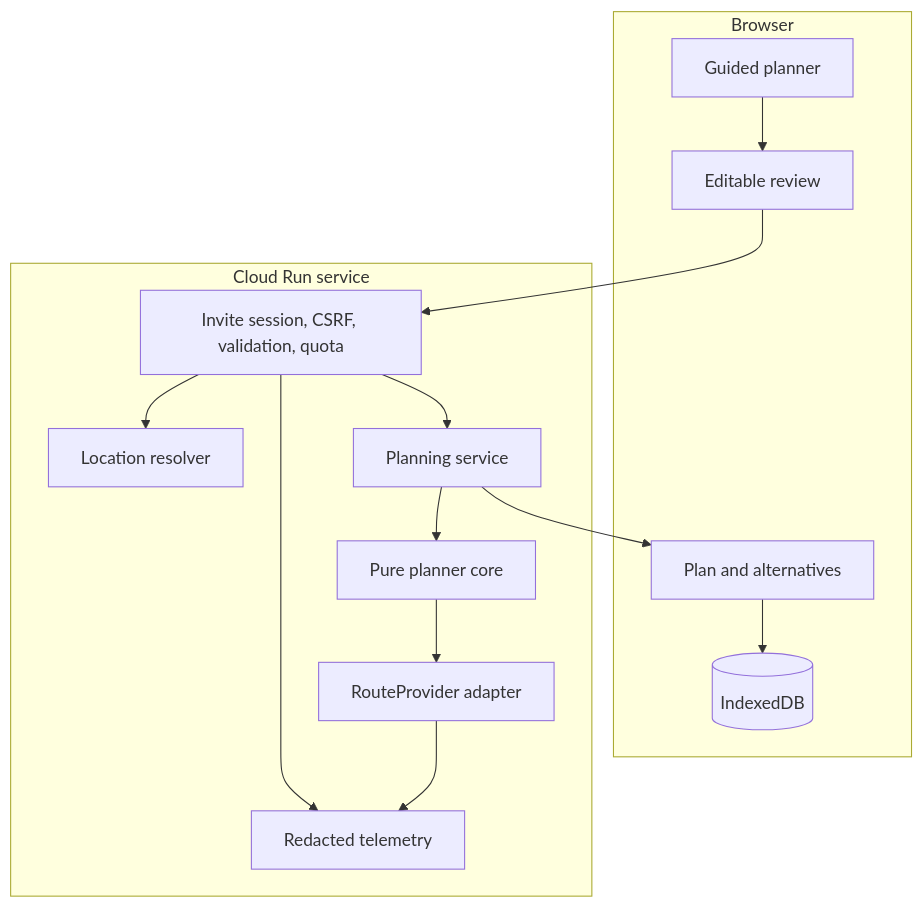
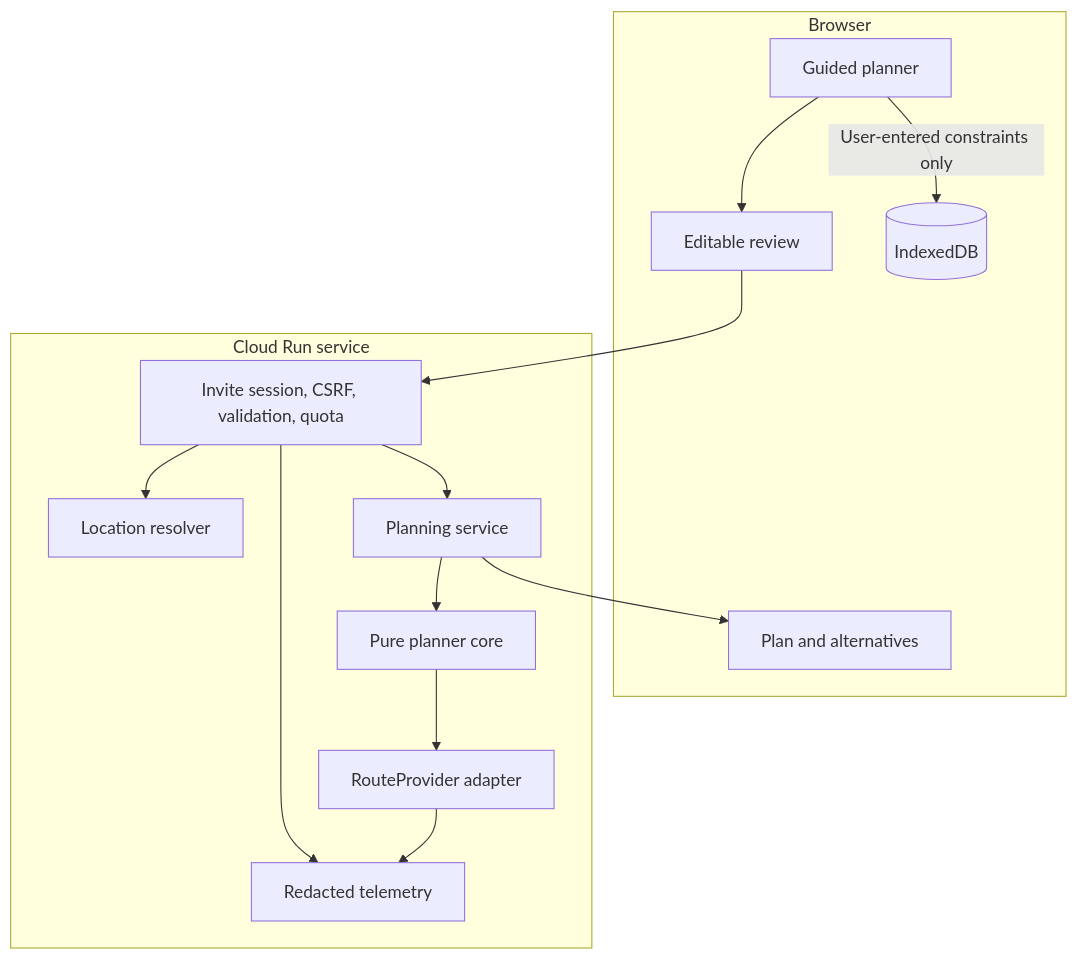
The second of 3 diagrams in docs/web-architecture.md (UM-NLP/whenshouldgo), drawn with Mermaid before and after one commit. The commit also changed other lines of this file and 9 other files, not shown here.

````diff
--- a/docs/web-architecture.md
+++ b/docs/web-architecture.md
@@ -98,27 +100,27 @@
 ```mermaid
 flowchart TB
     subgraph Browser
         Form[Guided planner]
         Review[Editable review]
         Result[Plan and alternatives]
         Local[(IndexedDB)]
     end
 
     subgraph SameOriginService[Cloud Run service]
         Edge[Invite session, CSRF, validation, quota]
         Location[Location resolver]
         PlanService[Planning service]
         Core[Pure planner core]
         Provider[RouteProvider adapter]
         Telemetry[Redacted telemetry]
     end
 
     Form --> Review
     Review --> Edge
     Edge --> Location
     Edge --> PlanService --> Core --> Provider
     Edge --> Telemetry
     Provider --> Telemetry
     PlanService --> Result
-    Result --> Local
+    Form -->|User-entered constraints only| Local
 ```
````
